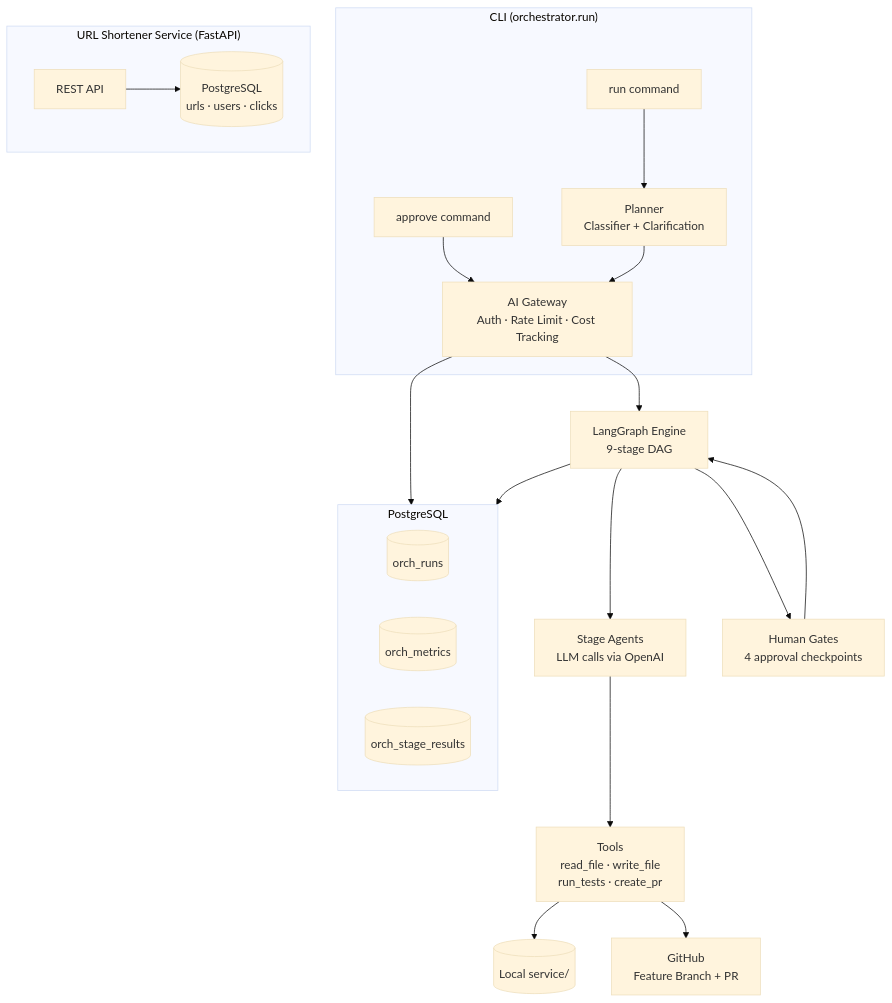
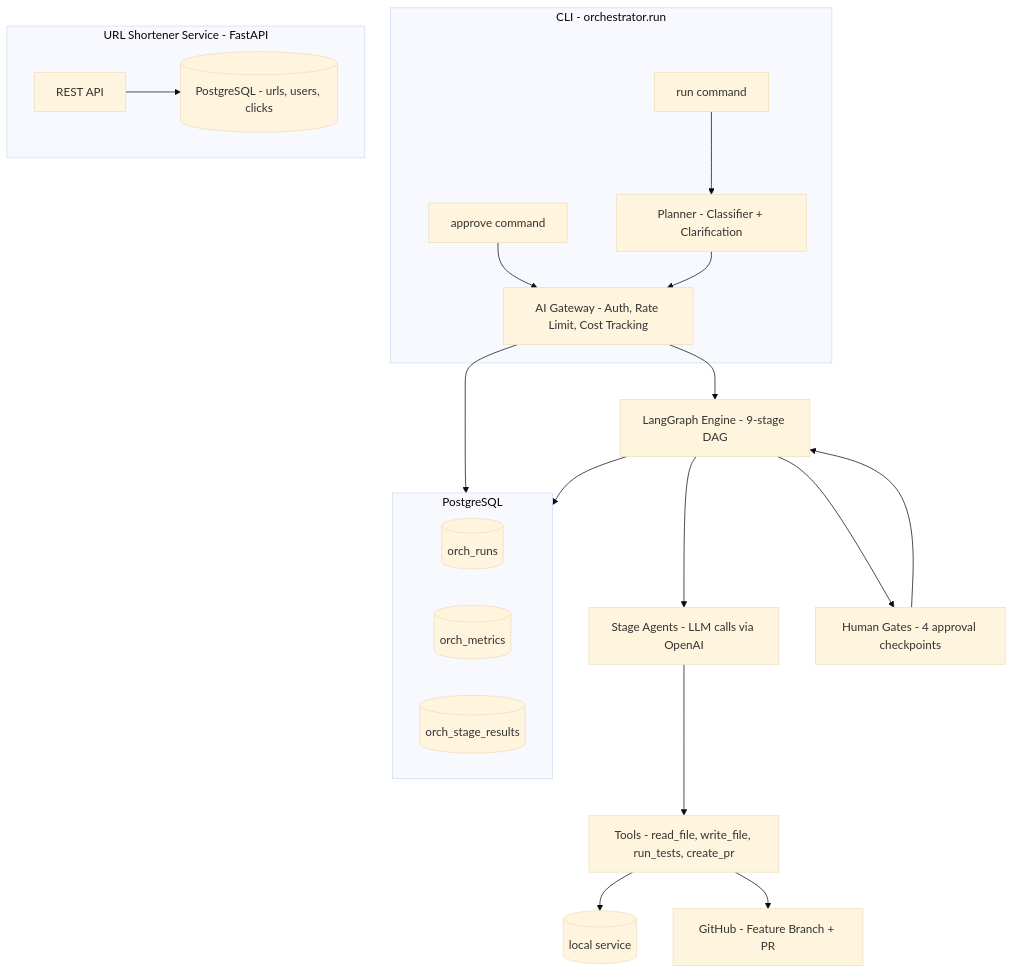
Before and after one commit to agentic-dev-projects/url-copilot: the diagram in docs/orchestrator-architecture.md, drawn with Mermaid (base theme). The commit also changed 5 other files, not shown here.

First line of the commit message:
fix: strip all remaining Mermaid syntax GitHub cannot render

````diff
--- a/docs/orchestrator-architecture.md
+++ b/docs/orchestrator-architecture.md
@@ -9,29 +9,29 @@
 ```mermaid
-graph TB
-    subgraph CLI["CLI (orchestrator.run)"]
-        RUN[run command] --> PLAN["Planner<br/>Classifier + Clarification"]
+flowchart TB
+    subgraph CLI[CLI - orchestrator.run]
+        RUN[run command] --> PLAN[Planner - Classifier + Clarification]
         APR[approve command] --> GW
     end
 
-    PLAN --> GW["AI Gateway<br/>Auth · Rate Limit · Cost Tracking"]
-    GW --> LG["LangGraph Engine<br/>9-stage DAG"]
-    LG --> AGENTS["Stage Agents<br/>LLM calls via OpenAI"]
-    AGENTS --> TOOLS["Tools<br/>read_file · write_file<br/>run_tests · create_pr"]
-    TOOLS --> FS[("Local service/")]
-    TOOLS --> GH["GitHub<br/>Feature Branch + PR"]
-    LG --> GATES["Human Gates<br/>4 approval checkpoints"]
+    PLAN --> GW[AI Gateway - Auth, Rate Limit, Cost Tracking]
+    GW --> LG[LangGraph Engine - 9-stage DAG]
+    LG --> AGENTS[Stage Agents - LLM calls via OpenAI]
+    AGENTS --> TOOLS[Tools - read_file, write_file, run_tests, create_pr]
+    TOOLS --> FS[(local service)]
+    TOOLS --> GH[GitHub - Feature Branch + PR]
+    LG --> GATES[Human Gates - 4 approval checkpoints]
     GATES --> LG
 
-    subgraph DB["PostgreSQL"]
+    subgraph DB[PostgreSQL]
         OR[(orch_runs)]
         OM[(orch_metrics)]
         OSR[(orch_stage_results)]
     end
 
     GW --> DB
     LG --> DB
 
-    subgraph SVC["URL Shortener Service (FastAPI)"]
-        API[REST API] --> SVC_DB[("PostgreSQL<br/>urls · users · clicks")]
+    subgraph SVC[URL Shortener Service - FastAPI]
+        API[REST API] --> SVC_DB[(PostgreSQL - urls, users, clicks)]
     end
 ```
````
